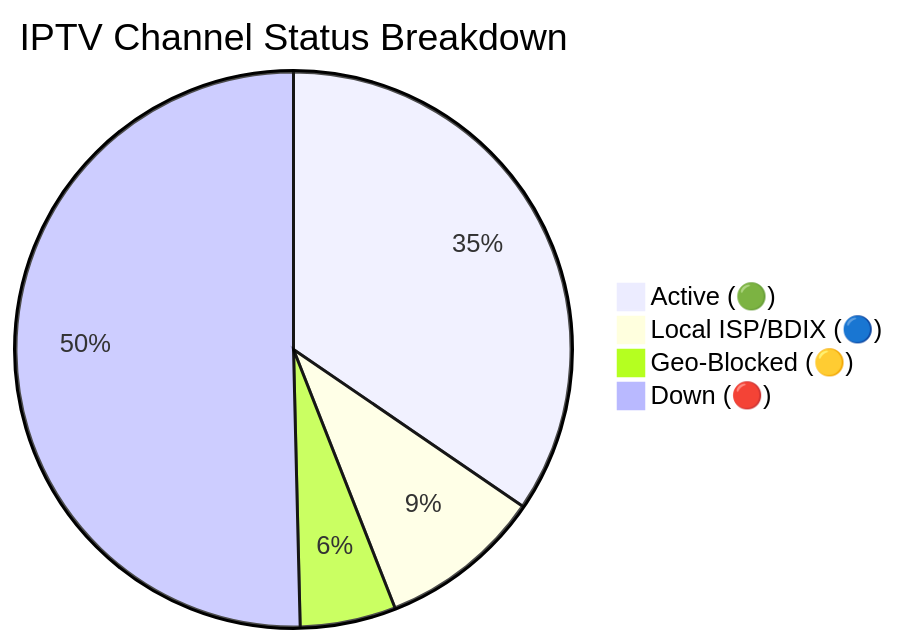
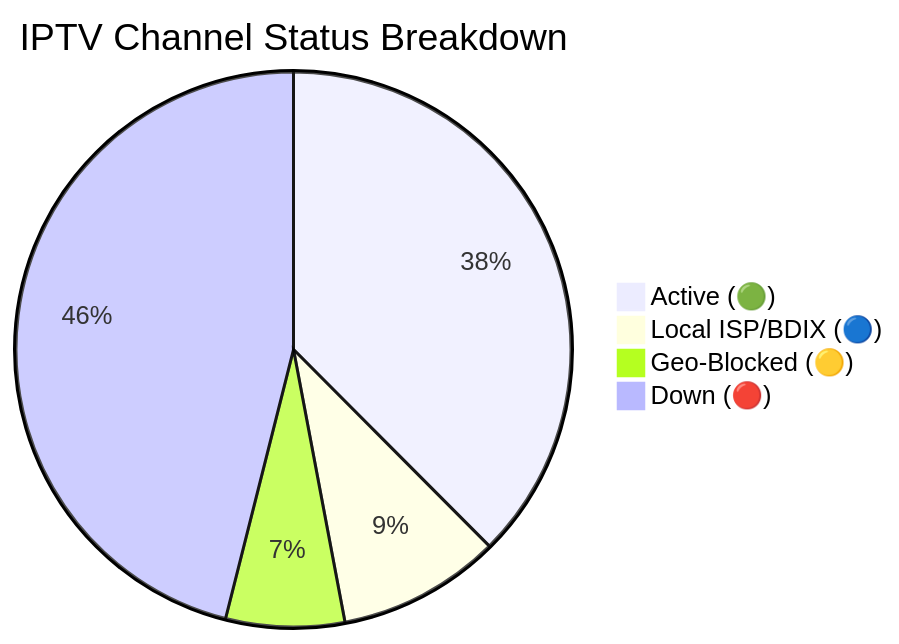
Before and after one commit to Zaman-Topu/Ip-tv-Collection: the diagram in README.md, drawn with Mermaid. The commit also changed other lines of this file and 1 other file, not shown here.

Commit message:
docs(readme): auto-update daily channel status chart

````diff
--- a/README.md
+++ b/README.md
@@ -59,7 +59,7 @@
 ```mermaid
 pie title IPTV Channel Status Breakdown
-    "Active (🟢)" : 2790
+    "Active (🟢)" : 3031
     "Local ISP/BDIX (🔵)" : 767
-    "Geo-Blocked (🟡)" : 450
-    "Down (🔴)" : 4069
+    "Geo-Blocked (🟡)" : 558
+    "Down (🔴)" : 3720
 ```
````
